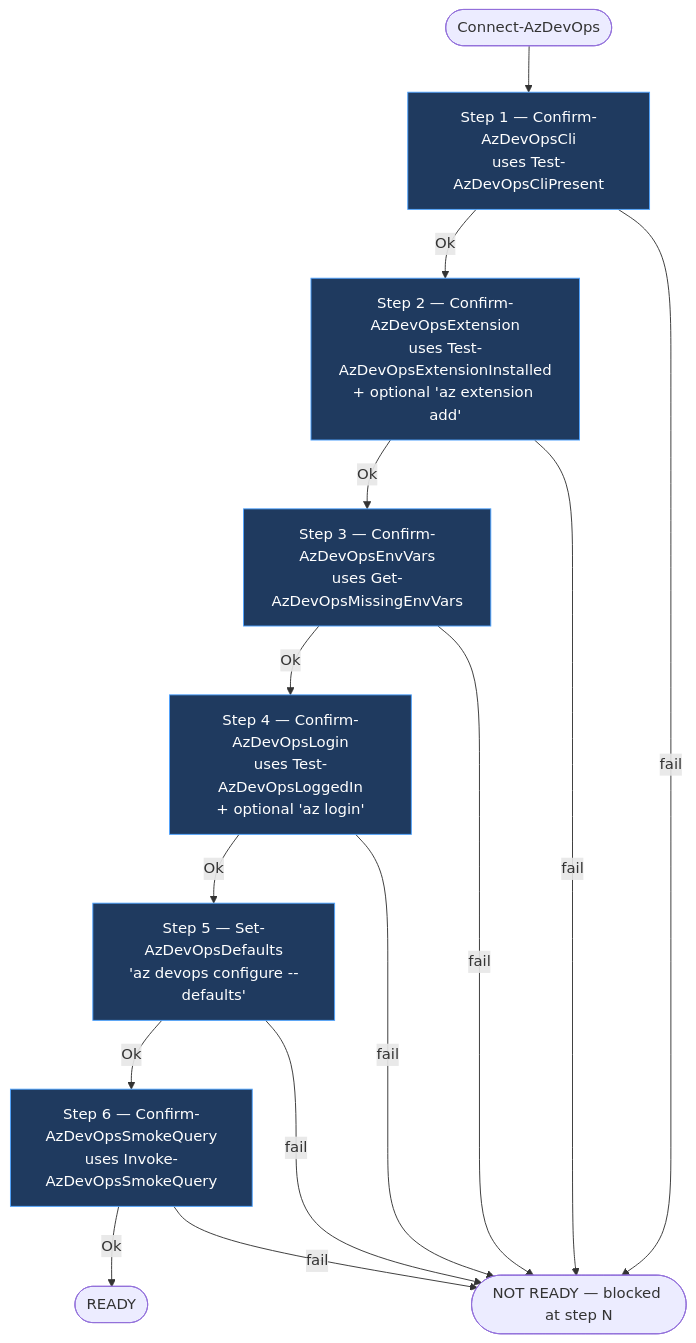
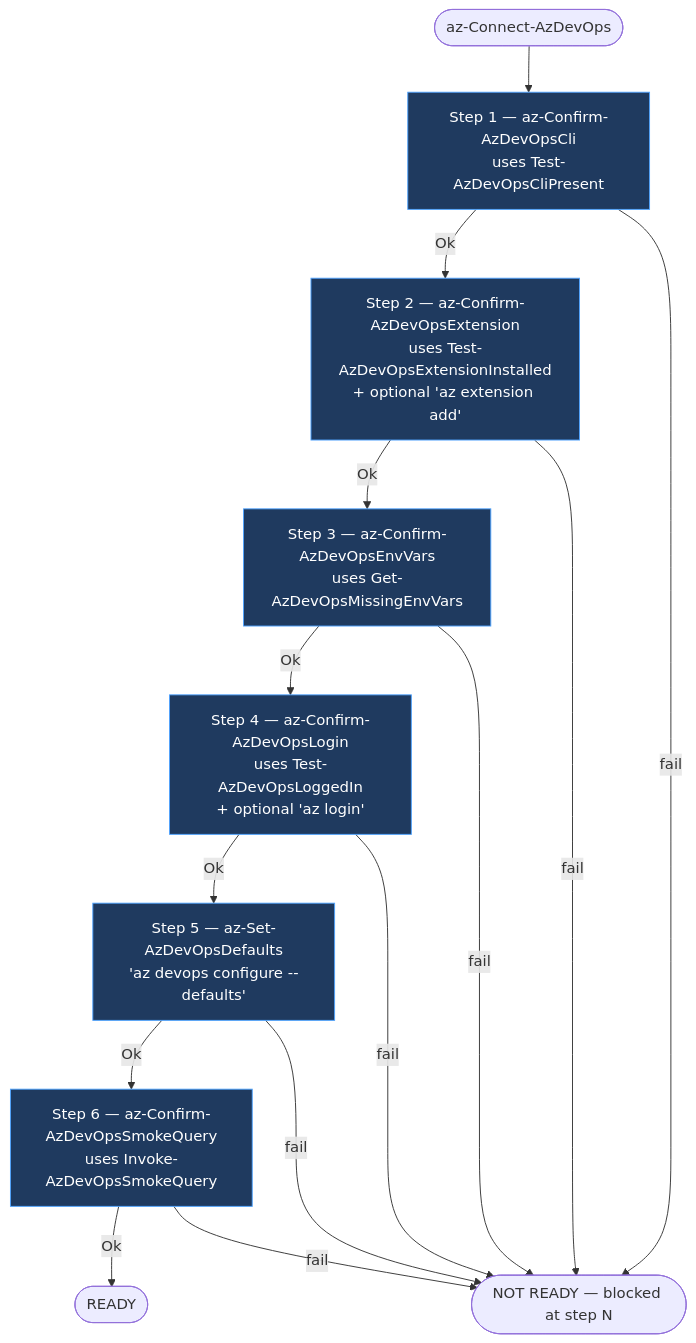
One commit to jdschleicher/bashcuts changed the second of 10 diagrams in docs/azure-devops-diagrams.md. Above: the diagram before and after it, drawn with Mermaid. The commit also changed other lines of this file and 1 other file, not shown here.

First line of the commit message:
docs: propagate az- prefix into wrapper-layer doc-strings + diagrams

````diff
--- a/docs/azure-devops-diagrams.md
+++ b/docs/azure-devops-diagrams.md
@@ -99,31 +99,31 @@
 ```mermaid
 flowchart TD
-    Start([Connect-AzDevOps]) --> S1
+    Start([az-Connect-AzDevOps]) --> S1
 
-    S1["Step 1 — Confirm-AzDevOpsCli<br/>uses Test-AzDevOpsCliPresent"]
-    S2["Step 2 — Confirm-AzDevOpsExtension<br/>uses Test-AzDevOpsExtensionInstalled<br/>+ optional 'az extension add'"]
-    S3["Step 3 — Confirm-AzDevOpsEnvVars<br/>uses Get-AzDevOpsMissingEnvVars"]
-    S4["Step 4 — Confirm-AzDevOpsLogin<br/>uses Test-AzDevOpsLoggedIn<br/>+ optional 'az login'"]
-    S5["Step 5 — Set-AzDevOpsDefaults<br/>'az devops configure --defaults'"]
-    S6["Step 6 — Confirm-AzDevOpsSmokeQuery<br/>uses Invoke-AzDevOpsSmokeQuery"]
+    S1["Step 1 — az-Confirm-AzDevOpsCli<br/>uses Test-AzDevOpsCliPresent"]
+    S2["Step 2 — az-Confirm-AzDevOpsExtension<br/>uses Test-AzDevOpsExtensionInstalled<br/>+ optional 'az extension add'"]
+    S3["Step 3 — az-Confirm-AzDevOpsEnvVars<br/>uses Get-AzDevOpsMissingEnvVars"]
+    S4["Step 4 — az-Confirm-AzDevOpsLogin<br/>uses Test-AzDevOpsLoggedIn<br/>+ optional 'az login'"]
+    S5["Step 5 — az-Set-AzDevOpsDefaults<br/>'az devops configure --defaults'"]
+    S6["Step 6 — az-Confirm-AzDevOpsSmokeQuery<br/>uses Invoke-AzDevOpsSmokeQuery"]
 
     Ready([READY])
     NotReady([NOT READY — blocked at step N])
 
     S1 -- Ok --> S2
     S2 -- Ok --> S3
     S3 -- Ok --> S4
     S4 -- Ok --> S5
     S5 -- Ok --> S6
     S6 -- Ok --> Ready
 
     S1 -- fail --> NotReady
     S2 -- fail --> NotReady
     S3 -- fail --> NotReady
     S4 -- fail --> NotReady
     S5 -- fail --> NotReady
     S6 -- fail --> NotReady
 
     classDef step fill:#1f3a5f,stroke:#4ea3ff,color:#fff
     class S1,S2,S3,S4,S5,S6 step
 ```
````
